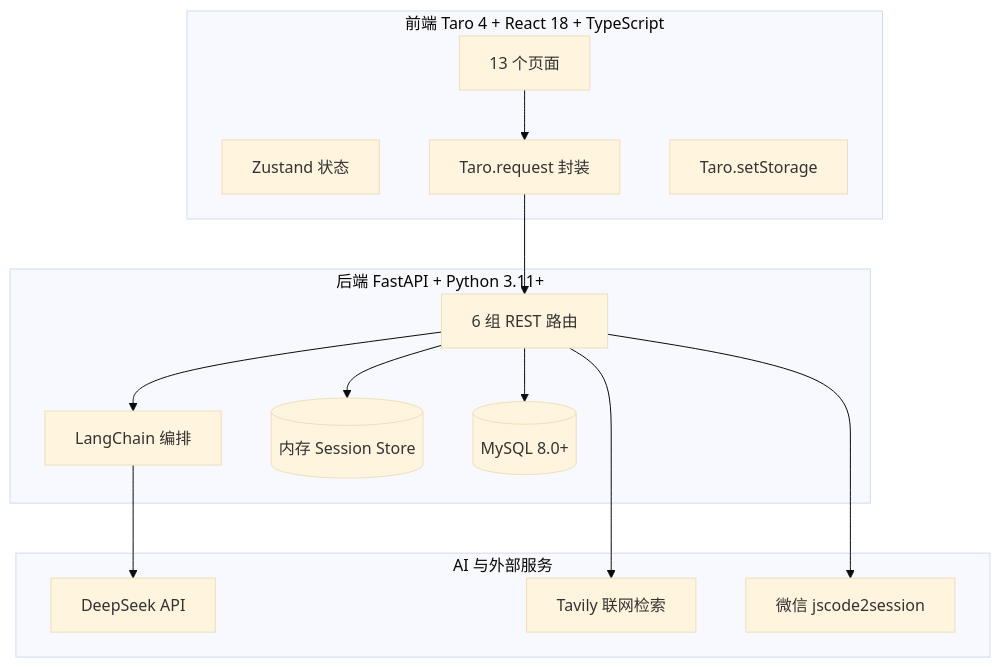
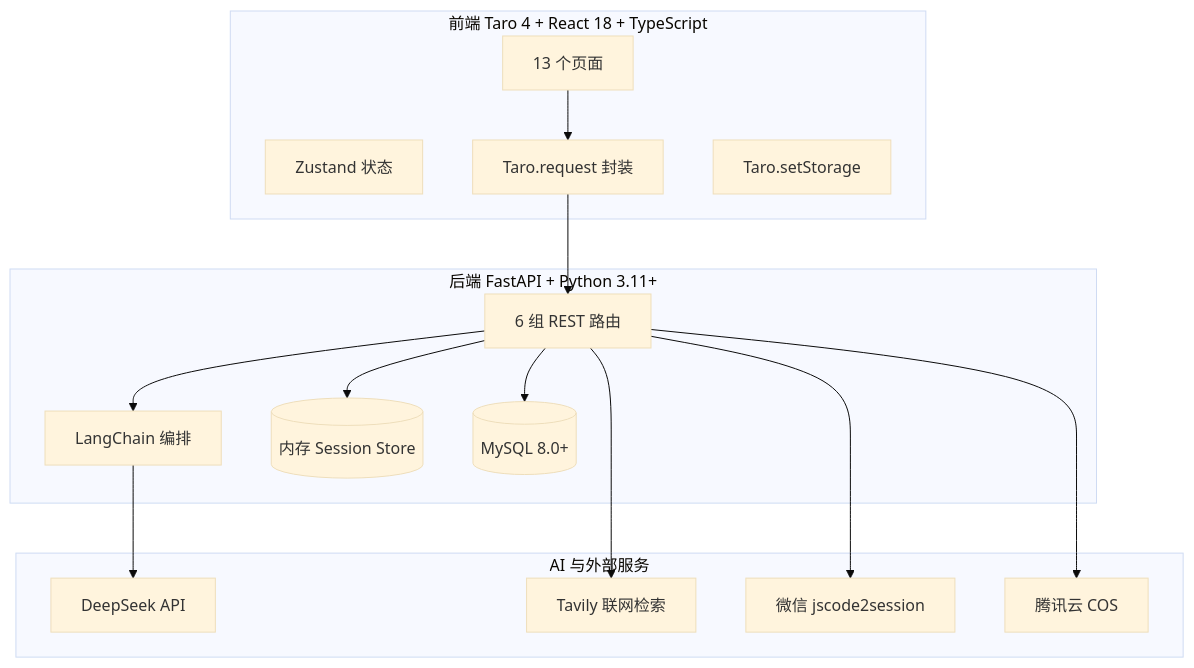
The first of 3 diagrams in docs/over/AI炼金--方案设计.md (Lingou2077/ai-alchemy), drawn with Mermaid (base theme) before and after one commit. The commit also changed other lines of this file and 16 other files, not shown here.

````diff
--- a/docs/over/AI炼金--方案设计.md
+++ b/docs/over/AI炼金--方案设计.md
@@ -11,29 +11,31 @@
 ```mermaid
 flowchart TB
     subgraph frontend [前端 Taro 4 + React 18 + TypeScript]
         Pages[13 个页面]
         Zustand[Zustand 状态]
         API[Taro.request 封装]
         Storage[Taro.setStorage]
     end
 
     subgraph backend [后端 FastAPI + Python 3.11+]
         Routers[6 组 REST 路由]
         LC[LangChain 编排]
         Session[(内存 Session Store)]
         MySQL[(MySQL 8.0+)]
     end
 
     subgraph ai [AI 与外部服务]
         DS[DeepSeek API]
         TV[Tavily 联网检索]
         WX[微信 jscode2session]
+        COS[腾讯云 COS]
     end
 
     Pages --> API --> Routers
     Routers --> LC --> DS
     Routers --> TV
     Routers --> Session
     Routers --> MySQL
     Routers --> WX
+    Routers --> COS
 ```
````
